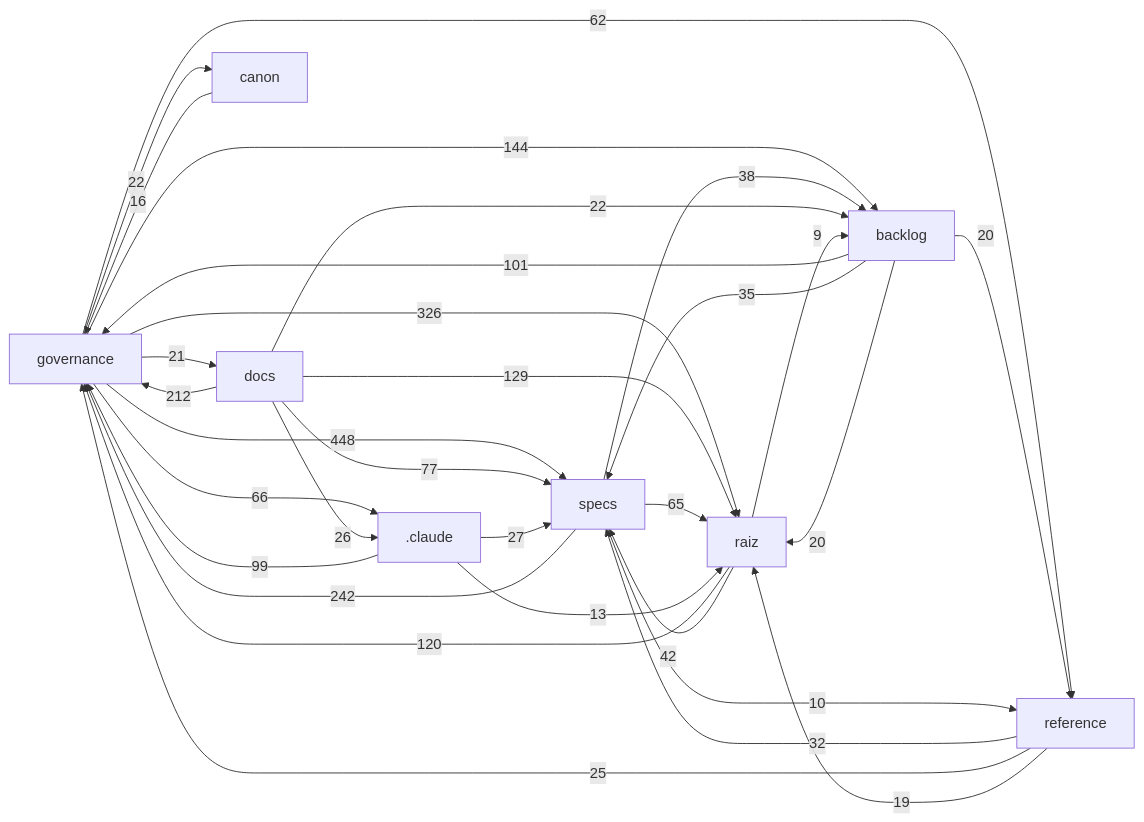
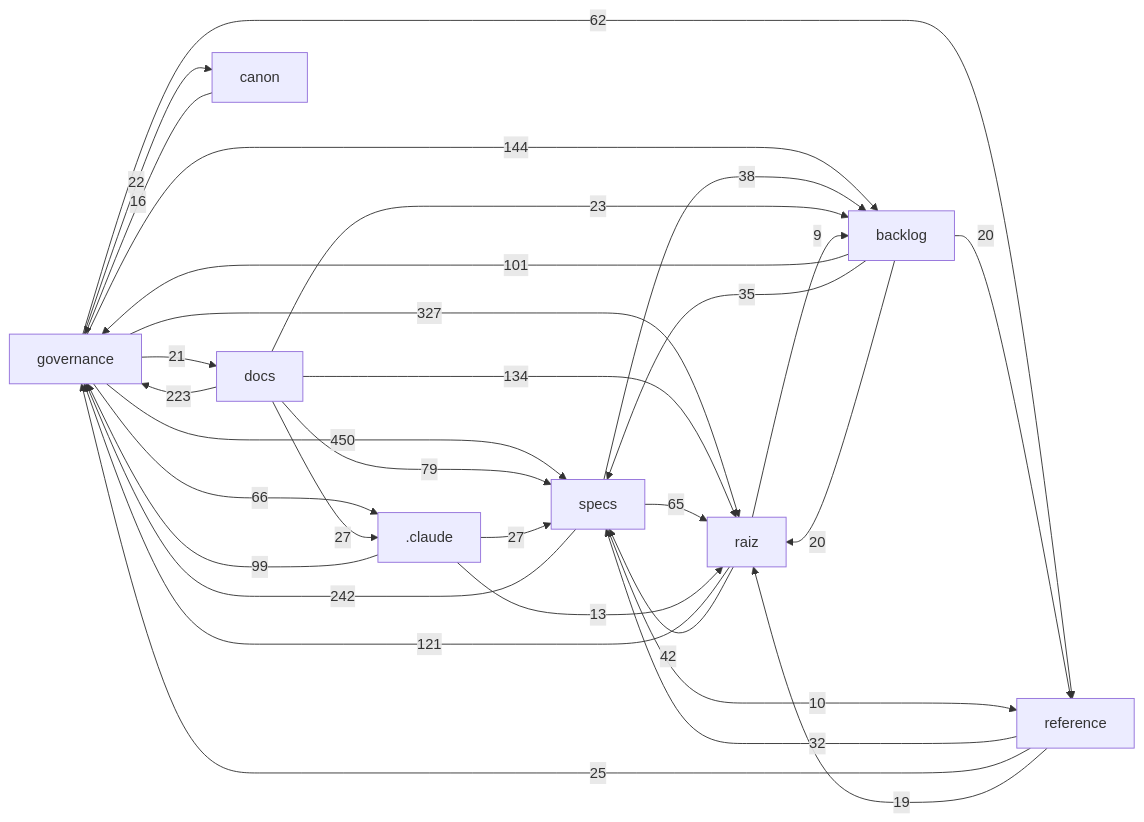
One commit to Andraus35/Sistema-Operacional-de-Trading--SOT changed the diagram in docs/mapa/MAPA-PROJETO.md. Above: the diagram before and after it, drawn with Mermaid. The commit also changed other lines of this file and 4 other files, not shown here.

````diff
--- a/docs/mapa/MAPA-PROJETO.md
+++ b/docs/mapa/MAPA-PROJETO.md
@@ -29,33 +29,33 @@
 ```mermaid
 flowchart LR
-  governance["governance"] -->|448| specs["specs"]
-  governance["governance"] -->|326| raiz["raiz"]
+  governance["governance"] -->|450| specs["specs"]
+  governance["governance"] -->|327| raiz["raiz"]
   specs["specs"] -->|242| governance["governance"]
-  docs["docs"] -->|212| governance["governance"]
+  docs["docs"] -->|223| governance["governance"]
   governance["governance"] -->|144| backlog["backlog"]
-  docs["docs"] -->|129| raiz["raiz"]
-  raiz["raiz"] -->|120| governance["governance"]
+  docs["docs"] -->|134| raiz["raiz"]
+  raiz["raiz"] -->|121| governance["governance"]
   backlog["backlog"] -->|101| governance["governance"]
   _claude[".claude"] -->|99| governance["governance"]
-  docs["docs"] -->|77| specs["specs"]
+  docs["docs"] -->|79| specs["specs"]
   governance["governance"] -->|66| _claude[".claude"]
   specs["specs"] -->|65| raiz["raiz"]
   governance["governance"] -->|62| reference["reference"]
   raiz["raiz"] -->|42| specs["specs"]
   specs["specs"] -->|38| backlog["backlog"]
   backlog["backlog"] -->|35| specs["specs"]
   reference["reference"] -->|32| specs["specs"]
   _claude[".claude"] -->|27| specs["specs"]
-  docs["docs"] -->|26| _claude[".claude"]
+  docs["docs"] -->|27| _claude[".claude"]
   reference["reference"] -->|25| governance["governance"]
-  docs["docs"] -->|22| backlog["backlog"]
+  docs["docs"] -->|23| backlog["backlog"]
   governance["governance"] -->|22| canon["canon"]
   governance["governance"] -->|21| docs["docs"]
   backlog["backlog"] -->|20| raiz["raiz"]
   backlog["backlog"] -->|20| reference["reference"]
   reference["reference"] -->|19| raiz["raiz"]
   canon["canon"] -->|16| governance["governance"]
   _claude[".claude"] -->|13| raiz["raiz"]
   specs["specs"] -->|10| reference["reference"]
   raiz["raiz"] -->|9| backlog["backlog"]
 ```
````
